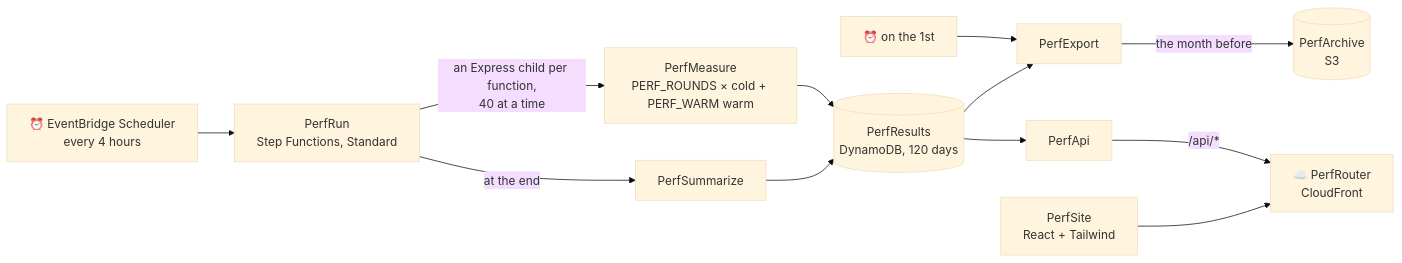
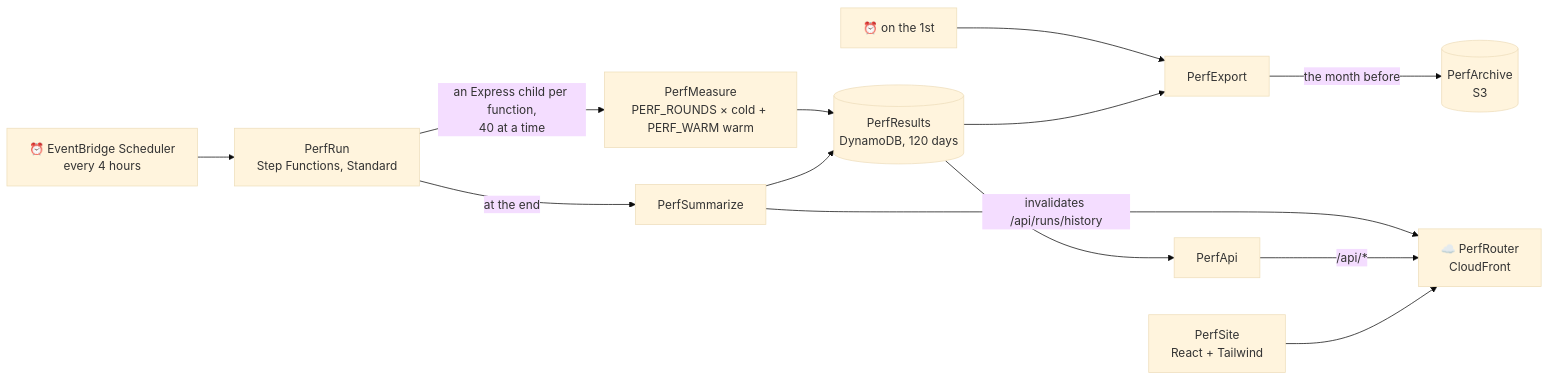
One commit to NimmLor/lambda-coldstarts changed the diagram in README.md. Above: the diagram before and after it, drawn with Mermaid (base theme). The commit also changed other lines of this file and 8 other files, not shown here.

````diff
--- a/README.md
+++ b/README.md
@@ -221,12 +221,13 @@
 ```mermaid
 flowchart LR
   S[⏰ EventBridge Scheduler<br>every 4 hours] --> R[PerfRun<br>Step Functions, Standard]
   R -- an Express child per function,<br>40 at a time --> M[PerfMeasure<br>PERF_ROUNDS × cold + PERF_WARM warm]
   M --> D[(PerfResults<br>DynamoDB, 120 days)]
   R -- at the end --> Z[PerfSummarize] --> D
+  Z -- invalidates /api/runs/history --> C
   E[⏰ on the 1st] --> X[PerfExport] -- the month before --> B[(PerfArchive<br>S3)]
   D --> X
   D --> A[PerfApi]
   A -- /api/* --> C[☁️ PerfRouter<br>CloudFront]
   W[PerfSite<br>React + Tailwind] --> C
 ```
````
